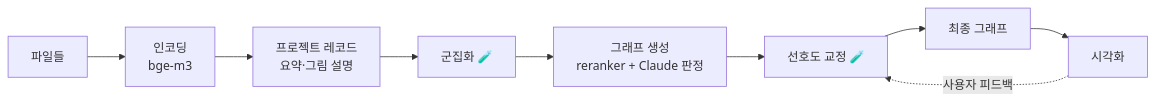
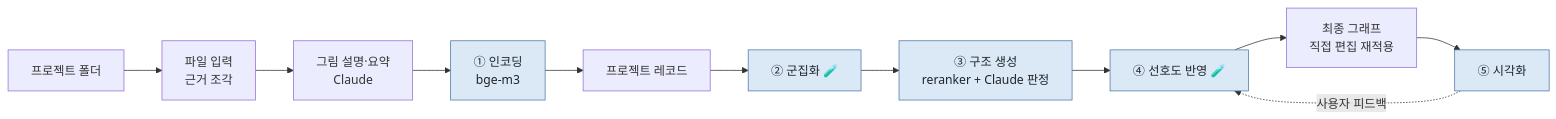
Before and after one commit to mumbumble/AI618_ProjectWiki: the diagram in README.md, drawn with Mermaid. The commit also changed other lines of this file and 14 other files, not shown here.

````diff
--- a/README.md
+++ b/README.md
@@ -13,7 +13,10 @@
 ```mermaid
 flowchart LR
-  A[파일들] --> B[인코딩<br/>bge-m3] --> C[프로젝트 레코드<br/>요약·그림 설명]
-  C --> D[군집화 🧪] --> E[그래프 생성<br/>reranker + Claude 판정]
-  E --> F[선호도 교정 🧪] --> G[최종 그래프] --> H[시각화]
-  H -. 사용자 피드백 .-> F
+  A[프로젝트 폴더] --> I[파일 입력<br/>근거 조각] --> R1[그림 설명·요약<br/>Claude]
+  R1 --> M1[① 인코딩<br/>bge-m3] --> R2[프로젝트 레코드]
+  R2 --> M2[② 군집화 🧪] --> M3[③ 구조 생성<br/>reranker + Claude 판정]
+  M3 --> M4[④ 선호도 반영 🧪] --> F[최종 그래프<br/>직접 편집 재적용] --> M5[⑤ 시각화]
+  M5 -. 사용자 피드백 .-> M4
+  classDef model fill:#dbe9f7,stroke:#4e79a7,color:#1f2328
+  class M1,M2,M3,M4,M5 model
 ```
````
